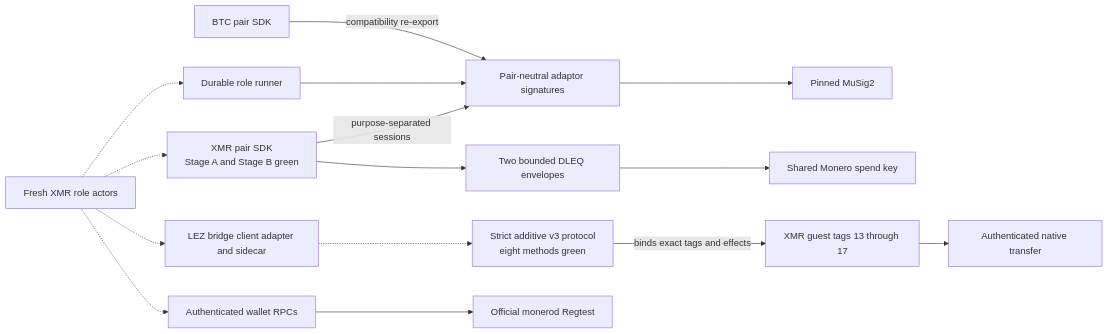
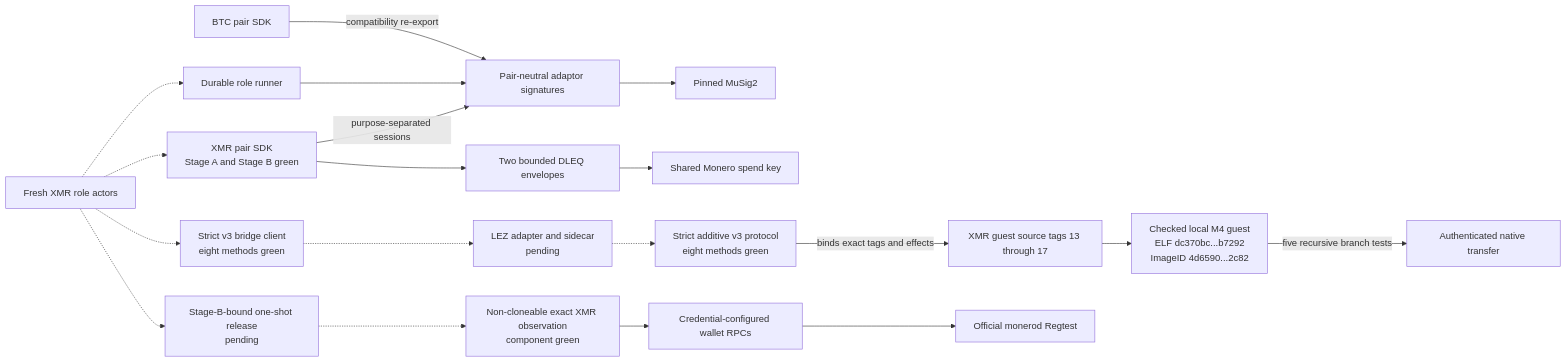
Diagram 20 of 26 in docs/architecture/system-architecture.md (gateway-fm/lez-atomic-swaps), drawn with Mermaid before and after one commit. The commit also changed other lines of this file and 19 other files, not shown here.

Commit message:
feat(m4): verify bridge and chain observation

````diff
--- a/docs/architecture/system-architecture.md
+++ b/docs/architecture/system-architecture.md
@@ -2116,17 +2117,21 @@
 ```mermaid
 flowchart LR
     BtcSdk["BTC pair SDK"] -->|compatibility re-export| Adaptor["Pair-neutral adaptor signatures"]
     XmrSdk["XMR pair SDK<br/>Stage A and Stage B green"] -->|purpose-separated sessions| Adaptor
     RoleRunner["Durable role runner"] --> Adaptor
     Adaptor --> Musig["Pinned MuSig2"]
     XmrSdk --> Dleq["Two bounded DLEQ envelopes"]
     Dleq --> SharedKey["Shared Monero spend key"]
     XmrActor["Fresh XMR role actors"] -.-> RoleRunner
     XmrActor -.-> XmrSdk
-    XmrActor -.-> BridgeRuntime["LEZ bridge client adapter and sidecar"]
+    XmrActor -.-> BridgeClient["Strict v3 bridge client<br/>eight methods green"]
+    BridgeClient -.-> BridgeRuntime["LEZ adapter and sidecar<br/>pending"]
     BridgeRuntime -.-> BridgeProtocol["Strict additive v3 protocol<br/>eight methods green"]
-    BridgeProtocol -->|binds exact tags and effects| Guest["XMR guest tags 13 through 17"]
-    Guest --> Transfer["Authenticated native transfer"]
-    XmrActor -.-> WalletRpc["Authenticated wallet RPCs"]
+    BridgeProtocol -->|binds exact tags and effects| Guest["XMR guest source tags 13 through 17"]
+    Guest --> CheckedArtifact["Checked local M4 guest<br/>ELF dc370bc...b7292<br/>ImageID 4d6590...2c82"]
+    CheckedArtifact -->|five recursive branch tests| Transfer["Authenticated native transfer"]
+    XmrActor -.-> Release["Stage-B-bound one-shot release<br/>pending"]
+    Release -.-> XmrObservation["Non-cloneable exact XMR observation<br/>component green"]
+    XmrObservation --> WalletRpc["Credential-configured wallet RPCs"]
     WalletRpc --> Monerod["Official monerod Regtest"]
 ```
````
